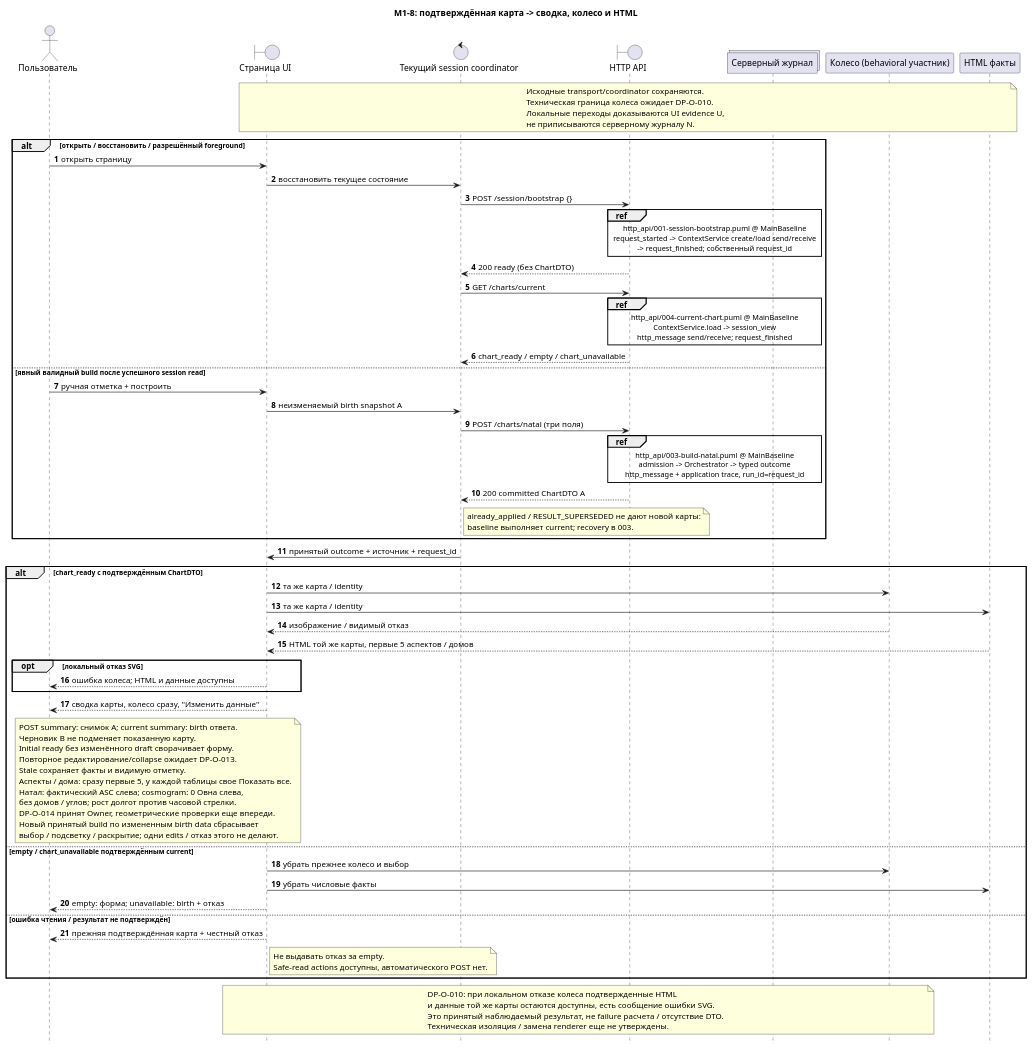
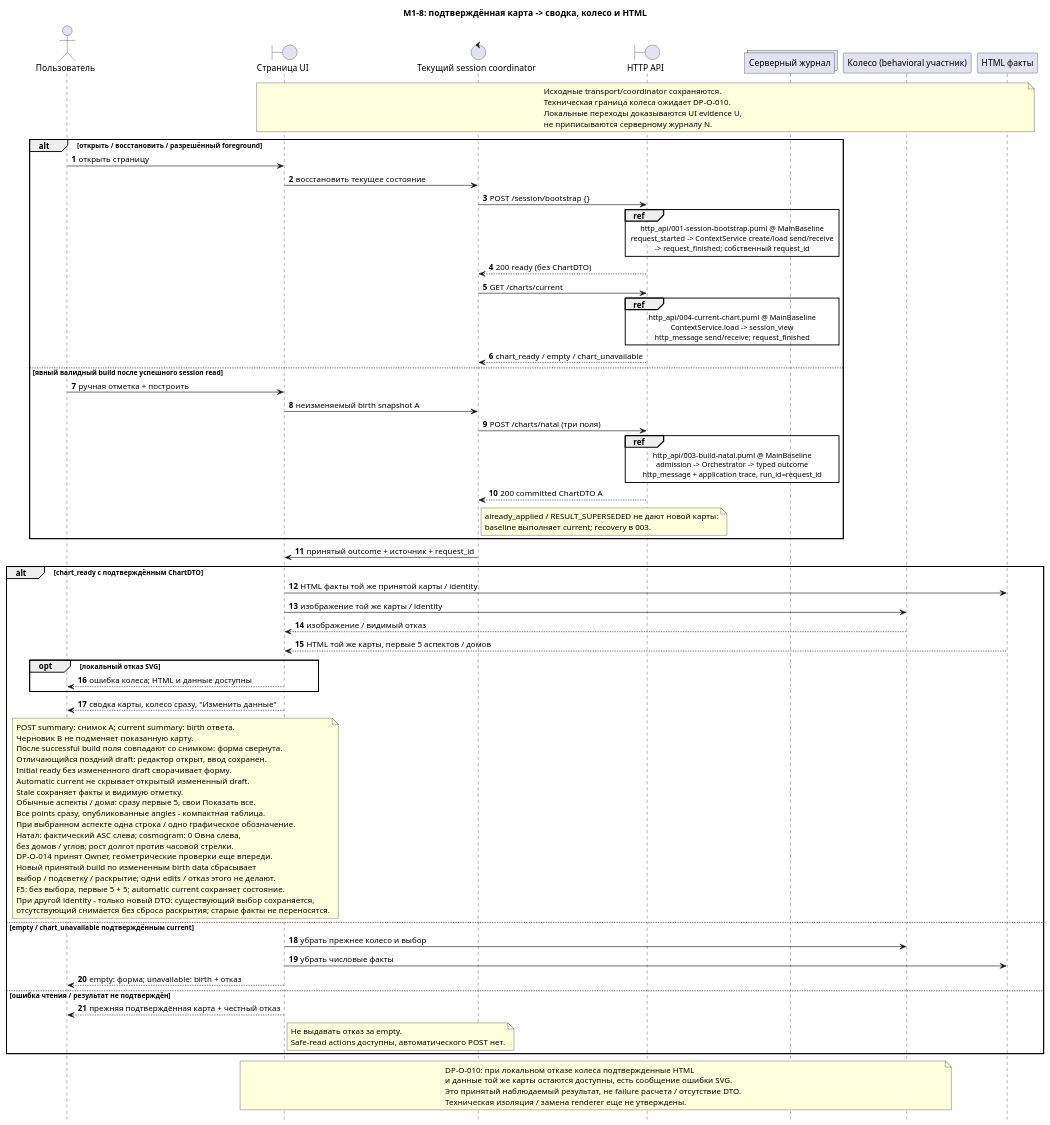
The diagram in docs/project_management/change_plans/ui-chart-wheel/analyst/sequence_diagrams/ui/001-chart-presentation.puml (ksenia-baranova/exact-orb-demo), drawn with PlantUML before and after one commit. The commit also changed 9 other files, not shown here.

```diff
--- a/docs/project_management/change_plans/ui-chart-wheel/analyst/sequence_diagrams/ui/001-chart-presentation.puml
+++ b/docs/project_management/change_plans/ui-chart-wheel/analyst/sequence_diagrams/ui/001-chart-presentation.puml
@@ -1,95 +1,102 @@
 @startuml
-' Owner: Functional Analyst. TASK-A-001; package v2; update 2026-10-15.
-' Update InputSHA 2b846077b317e33dd892565419942c4db8517b1e; v1 at 683bdd0
+' Owner: Functional Analyst. TASK-A-001; draft package v3; update 2026-10-15.
+' Update InputSHA 2169845b770754e11ae8b5cb1e13ffcd780784c8; v2 at cb25422; new Owner evidence pending Manager registration
 ' REQ-WHEEL-01/02/03/08/09/11; REQ-UI-01/03/08/11
 ' AS-WHEEL-01/02/03/05/06/14/15/24/25
 ' Clean target: docs/sequence_diagrams/ui/001-chart-presentation.puml
 title M1-8: подтверждённая карта -> сводка, колесо и HTML
 autonumber
 hide footbox
 actor "Пользователь" as User
 boundary "Страница UI" as Page
 control "Текущий session coordinator" as Session
 boundary "HTTP API" as API
 collections "Серверный журнал" as Log
 participant "Колесо (behavioral участник)" as Wheel
 participant "HTML факты" as Facts
 note over Page, Facts
 Исходные transport/coordinator сохраняются.
 Техническая граница колеса ожидает DP-O-010.
 Локальные переходы доказываются UI evidence U,
 не приписываются серверному журналу N.
 end note
 alt открыть / восстановить / разрешённый foreground
   User -> Page : открыть страницу
   Page -> Session : восстановить текущее состояние
   Session -> API : POST /session/bootstrap {}
   ref over API, Log
     http_api/001-session-bootstrap.puml @ MainBaseline
     request_started -> ContextService create/load send/receive
     -> request_finished; собственный request_id
   end ref
   API --> Session : 200 ready (без ChartDTO)
   Session -> API : GET /charts/current
   ref over API, Log
     http_api/004-current-chart.puml @ MainBaseline
     ContextService.load -> session_view
     http_message send/receive; request_finished
   end ref
   API --> Session : chart_ready / empty / chart_unavailable
 else явный валидный build после успешного session read
   User -> Page : ручная отметка + построить
   Page -> Session : неизменяемый birth snapshot A
   Session -> API : POST /charts/natal (три поля)
   ref over API, Log
     http_api/003-build-natal.puml @ MainBaseline
     admission -> Orchestrator -> typed outcome
     http_message + application trace, run_id=request_id
   end ref
   API --> Session : 200 committed ChartDTO A
   note right of Session
   already_applied / RESULT_SUPERSEDED не дают новой карты:
   baseline выполняет current; recovery в 003.
   end note
 end
 Session -> Page : принятый outcome + источник + request_id
 alt chart_ready с подтверждённым ChartDTO
-  Page -> Wheel : та же карта / identity
-  Page -> Facts : та же карта / identity
+  Page -> Facts : HTML факты той же принятой карты / identity
+  Page -> Wheel : изображение той же карты / identity
   Wheel --> Page : изображение / видимый отказ
   Facts --> Page : HTML той же карты, первые 5 аспектов / домов
   opt локальный отказ SVG
     Page --> User : ошибка колеса; HTML и данные доступны
   end
   Page --> User : сводка карты, колесо сразу, "Изменить данные"
   note over Page, User
   POST summary: снимок A; current summary: birth ответа.
   Черновик B не подменяет показанную карту.
-  Initial ready без изменённого draft сворачивает форму.
-  Повторное редактирование/collapse ожидает DP-O-013.
+  После successful build поля совпадают со снимком: форма свернута.
+  Отличающийся поздний draft: редактор открыт, ввод сохранен.
+  Initial ready без измененного draft сворачивает форму.
+  Automatic current не скрывает открытый измененный draft.
   Stale сохраняет факты и видимую отметку.
-  Аспекты / дома: сразу первые 5, у каждой таблицы свое Показать все.
+  Обычные аспекты / дома: сразу первые 5, свои Показать все.
+  Все points сразу, опубликованные angles - компактная таблица.
+  При выбранном аспекте одна строка / одно графическое обозначение.
   Натал: фактический ASC слева; cosmogram: 0 Овна слева,
   без домов / углов; рост долгот против часовой стрелки.
   DP-O-014 принят Owner, геометрические проверки еще впереди.
   Новый принятый build по измененным birth data сбрасывает
   выбор / подсветку / раскрытие; одни edits / отказ этого не делают.
+  F5: без выбора, первые 5 + 5; automatic current сохраняет состояние.
+  При другой identity - только новый DTO: существующий выбор сохраняется,
+  отсутствующий снимается без сброса раскрытия; старые факты не переносятся.
   end note
 else empty / chart_unavailable подтверждённым current
   Page -> Wheel : убрать прежнее колесо и выбор
   Page -> Facts : убрать числовые факты
   Page --> User : empty: форма; unavailable: birth + отказ
 else ошибка чтения / результат не подтверждён
   Page --> User : прежняя подтверждённая карта + честный отказ
   note right of Page
   Не выдавать отказ за empty.
   Safe-read actions доступны, автоматического POST нет.
   end note
 end
 note over Page, Wheel
 DP-O-010: при локальном отказе колеса подтвержденные HTML
 и данные той же карты остаются доступны, есть сообщение ошибки SVG.
 Это принятый наблюдаемый результат, не failure расчета / отсутствие DTO.
 Техническая изоляция / замена renderer еще не утверждены.
 end note
 @enduml
```
